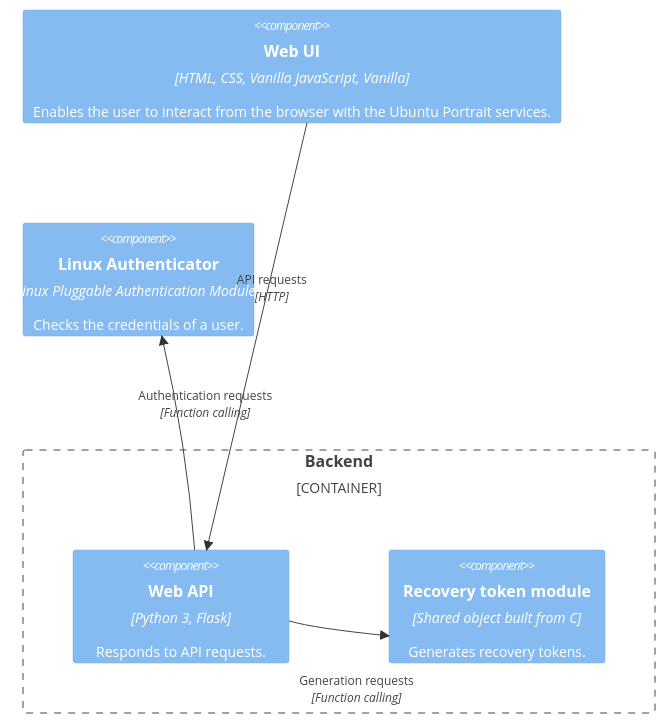
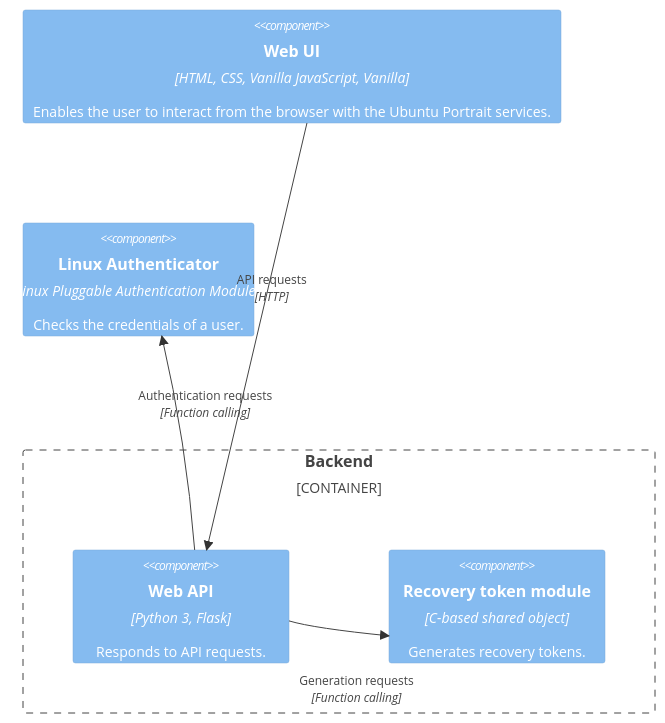
One commit to iosifache/ossfortress changed the diagram in README.md. Above: the diagram before and after it, drawn with Mermaid. The commit also changed other lines of this file, not shown here.

Commit message:
Renames the affected components as in the C4 diagrams

````diff
--- a/README.md
+++ b/README.md
@@ -25,20 +25,20 @@
 ```mermaid
 C4Component
     Component(frontend, "Web UI", "HTML, CSS, Vanilla JavaScript, Vanilla", "Enables the user to interact from the browser with the Ubuntu Portrait services.")
     
     Container_Boundary(backend, "Backend") {
         Component(api, "Web API", "Python 3, Flask", "Responds to API requests.")
-        Component(c_module, "Recovery token module", "Shared object built from C", "Generates recovery tokens.")
+        Component(c_module, "Recovery token module", "C-based shared object", "Generates recovery tokens.")
     }
 
     Component(pam, "Linux Authenticator", "Linux Pluggable Authentication Modules", "Checks the credentials of a user.")
 
     Rel(frontend, api, "API requests", "HTTP")
     UpdateRelStyle(frontend, api, $offsetY="-60", $offsetX="-20")
 
     Rel(api, c_module, "Generation requests", "Function calling")
     UpdateRelStyle(api, c_module, $offsetY="50", $offsetX="-40")
 
     Rel(api, pam, "Authentication requests", "Function calling")
     UpdateRelStyle(api, pam, $offsetY="-50", $offsetX="-40")
 ```
````
